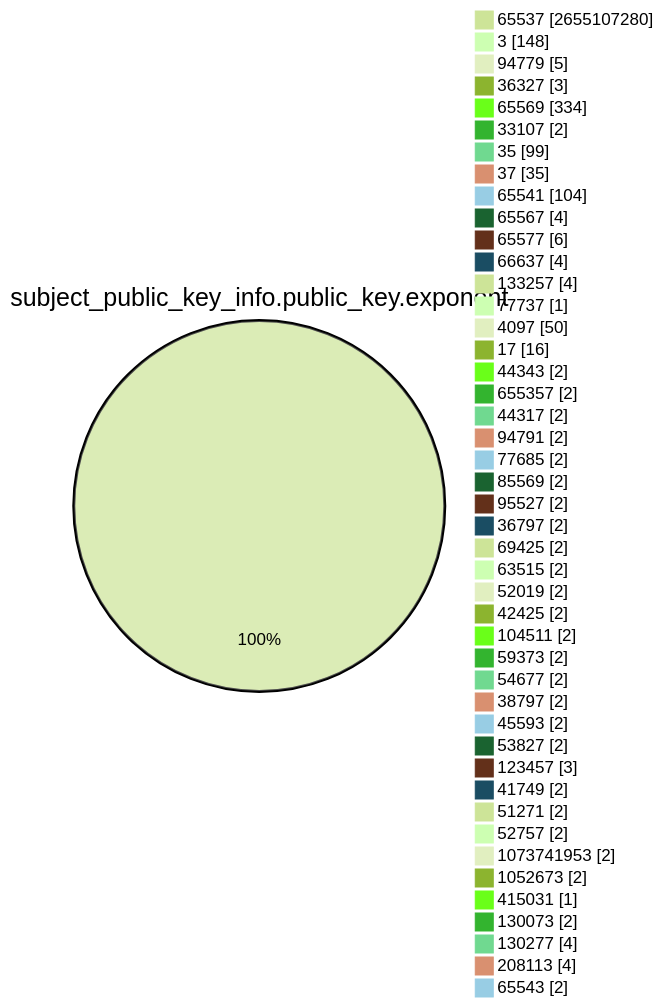
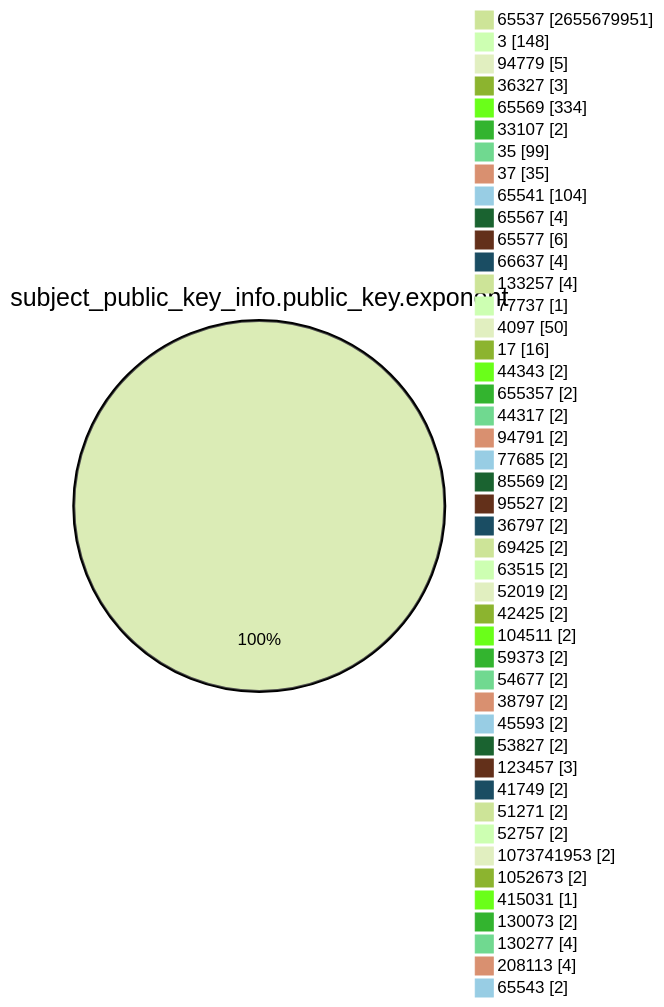
The fourth of 15 diagrams in TOTAL/README.md (christiankrug/ctmonitor_visualization), drawn with Mermaid (forest theme) before and after one commit. The commit also changed other lines of this file, not shown here.

````diff
--- a/TOTAL/README.md
+++ b/TOTAL/README.md
@@ -1467,49 +1467,49 @@
 ```mermaid
 pie showData
 title subject_public_key_info.public_key.exponent
-"65537" :2655107280
+"65537" :2655679951
 "3" :148
 "94779" :5
 "36327" :3
 "65569" :334
 "33107" :2
 "35" :99
 "37" :35
 "65541" :104
 "65567" :4
 "65577" :6
 "66637" :4
 "133257" :4
 "77737" :1
 "4097" :50
 "17" :16
 "44343" :2
 "655357" :2
 "44317" :2
 "94791" :2
 "77685" :2
 "85569" :2
 "95527" :2
 "36797" :2
 "69425" :2
 "63515" :2
 "52019" :2
 "42425" :2
 "104511" :2
 "59373" :2
 "54677" :2
 "38797" :2
 "45593" :2
 "53827" :2
 "123457" :3
 "41749" :2
 "51271" :2
 "52757" :2
 "1073741953" :2
 "1052673" :2
 "415031" :1
 "130073" :2
 "130277" :4
 "208113" :4
 "65543" :2
 ```
````
